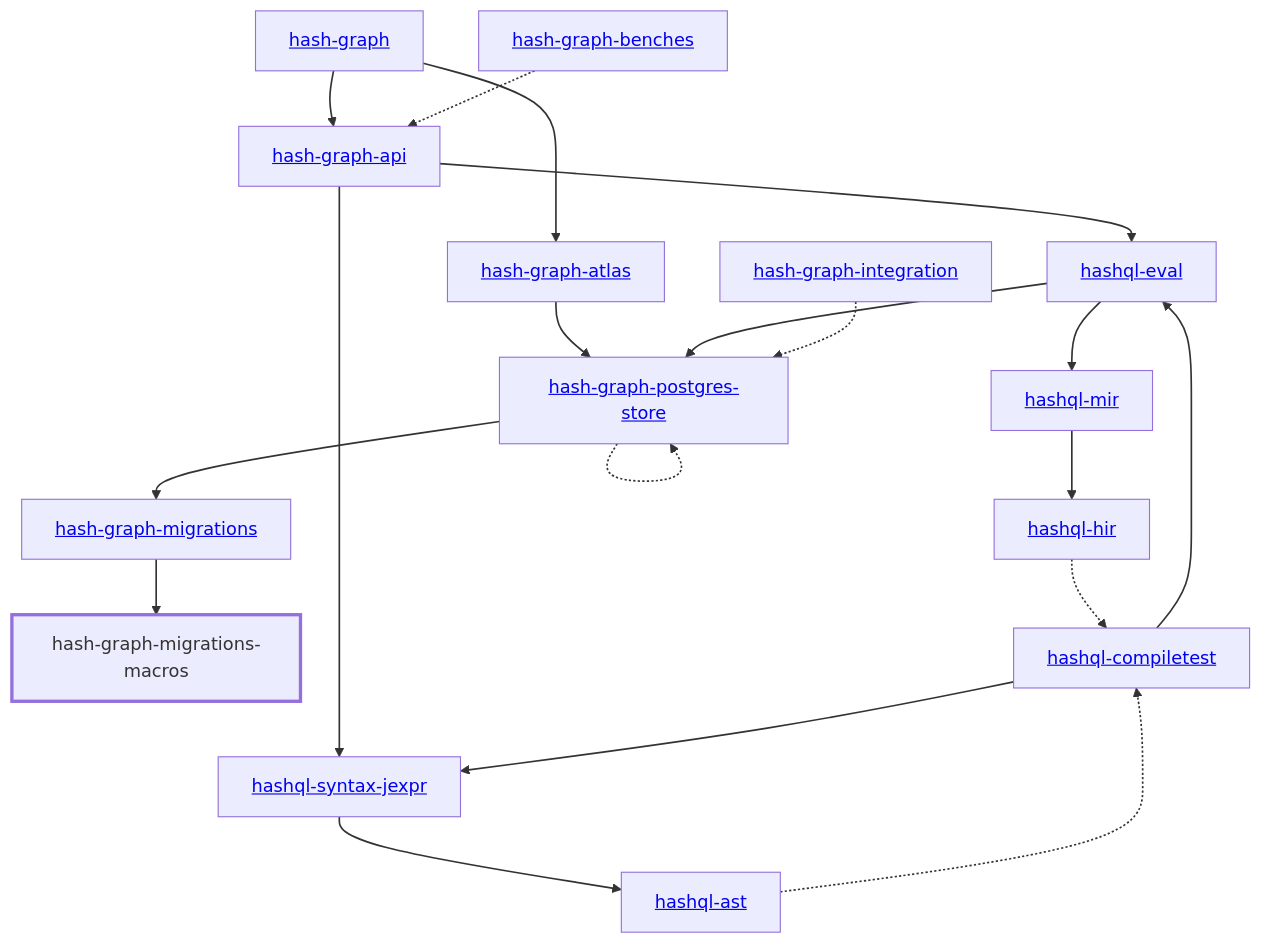
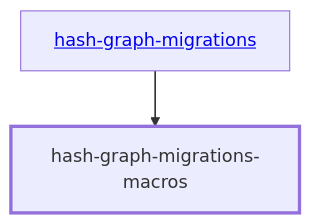
The diagram in libs/@local/graph/migrations-macros/docs/dependency-diagram.mmd (hashintel/hash), drawn with Mermaid before and after one commit. The commit also changed 12 other files, not shown here.

Commit message:
Update dependency diagrams

```diff
--- a/libs/@local/graph/migrations-macros/docs/dependency-diagram.mmd
+++ b/libs/@local/graph/migrations-macros/docs/dependency-diagram.mmd
@@ -1,43 +1,14 @@
 graph TD
     linkStyle default stroke-width:1.5px
     classDef default stroke-width:1px
     classDef root stroke-width:3px
     classDef dev stroke-width:1px
     classDef build stroke-width:1px
     %% Legend
     %% --> : Normal dependency
     %% -.-> : Dev dependency
     %% ---> : Build dependency
-    0[<a href="../hash_graph/index.html">hash-graph</a>]
-    1[<a href="../hash_graph_api/index.html">hash-graph-api</a>]
-    2[<a href="../hash_graph_atlas/index.html">hash-graph-atlas</a>]
-    3[<a href="../hash_graph_migrations/index.html">hash-graph-migrations</a>]
-    4[hash-graph-migrations-macros]
-    class 4 root
-    5[<a href="../hash_graph_postgres_store/index.html">hash-graph-postgres-store</a>]
-    6[<a href="../hashql_ast/index.html">hashql-ast</a>]
-    7[<a href="../hashql_compiletest/index.html">hashql-compiletest</a>]
-    8[<a href="../hashql_eval/index.html">hashql-eval</a>]
-    9[<a href="../hashql_hir/index.html">hashql-hir</a>]
-    10[<a href="../hashql_mir/index.html">hashql-mir</a>]
-    11[<a href="../hashql_syntax_jexpr/index.html">hashql-syntax-jexpr</a>]
-    12[<a href="../hash_graph_benches/index.html">hash-graph-benches</a>]
-    13[<a href="../hash_graph_integration/index.html">hash-graph-integration</a>]
+    0[<a href="../hash_graph_migrations/index.html">hash-graph-migrations</a>]
+    1[hash-graph-migrations-macros]
+    class 1 root
     0 --> 1
-    0 --> 2
-    1 --> 8
-    1 --> 11
-    2 --> 5
-    3 --> 4
-    5 --> 3
-    5 -.-> 5
-    6 -.-> 7
-    7 --> 8
-    7 --> 11
-    8 --> 5
-    8 --> 10
-    9 -.-> 7
-    10 --> 9
-    11 --> 6
-    12 -.-> 1
-    13 -.-> 5
```
